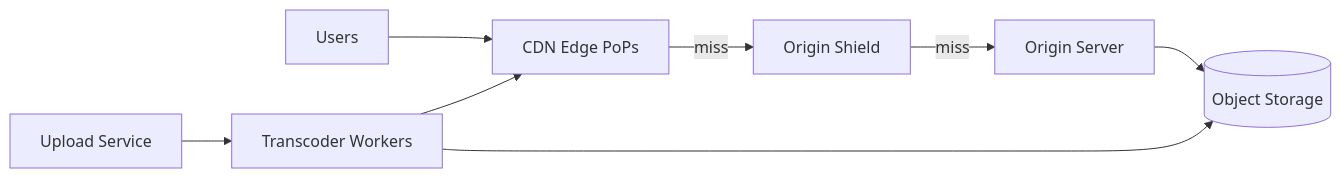
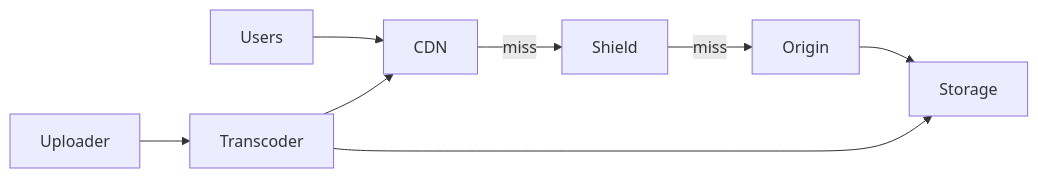
One commit to huangsam/systology changed the diagram in site/content/designs/cdn-media.md. Above: the diagram before and after it, drawn with Mermaid. The commit also changed 8 other files, not shown here.

Commit message:
Shorten names of mermaid items

```diff
--- a/site/content/designs/cdn-media.md
+++ b/site/content/designs/cdn-media.md
@@ -22,10 +22,10 @@
 {{< mermaid >}}
 graph LR
-  Users[Users] --> CDN[CDN Edge PoPs]
-  CDN -->|miss| Shield[Origin Shield]
-  Shield -->|miss| Origin[Origin Server]
-  Origin --> ObjectStore[(Object Storage)]
-  Uploader[Upload Service] --> Transcoder[Transcoder Workers]
-  Transcoder --> ObjectStore
+  Users --> CDN
+  CDN -->|miss| Shield
+  Shield -->|miss| Origin
+  Origin --> Storage
+  Uploader --> Transcoder
+  Transcoder --> Storage
   Transcoder --> CDN
 {{< /mermaid >}}
```
